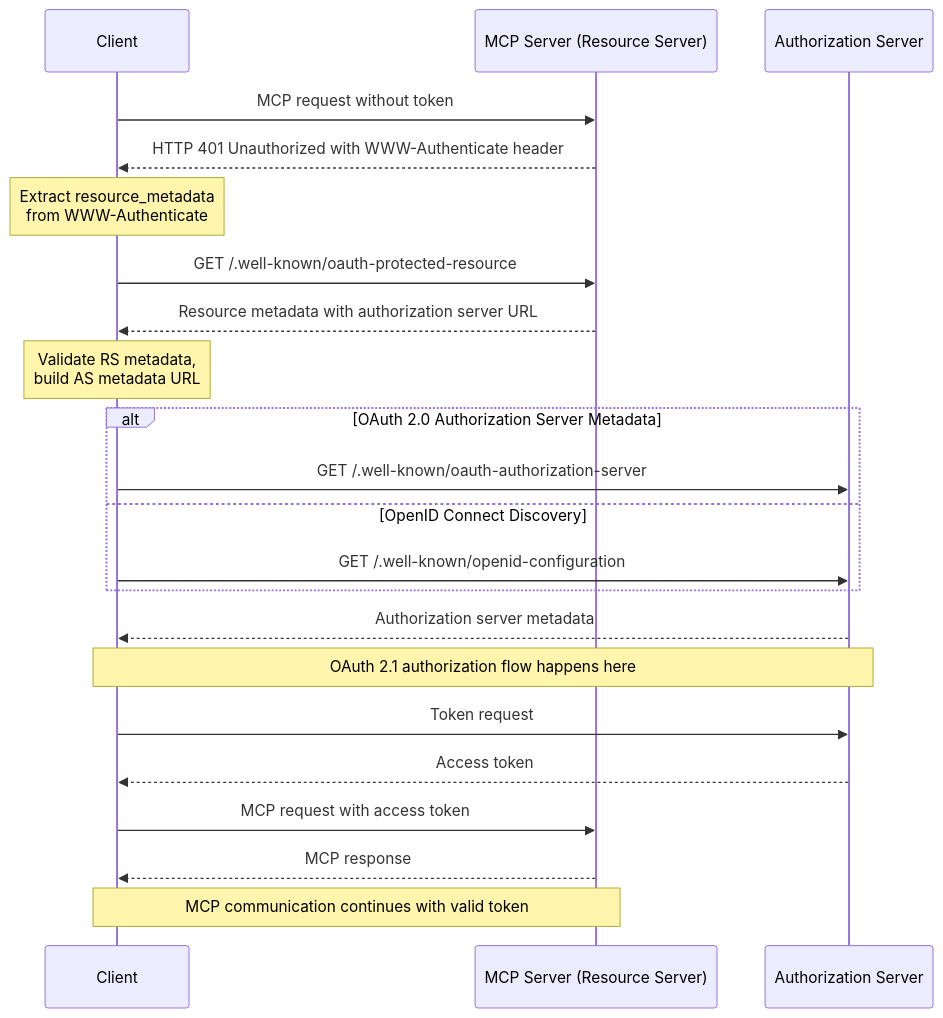
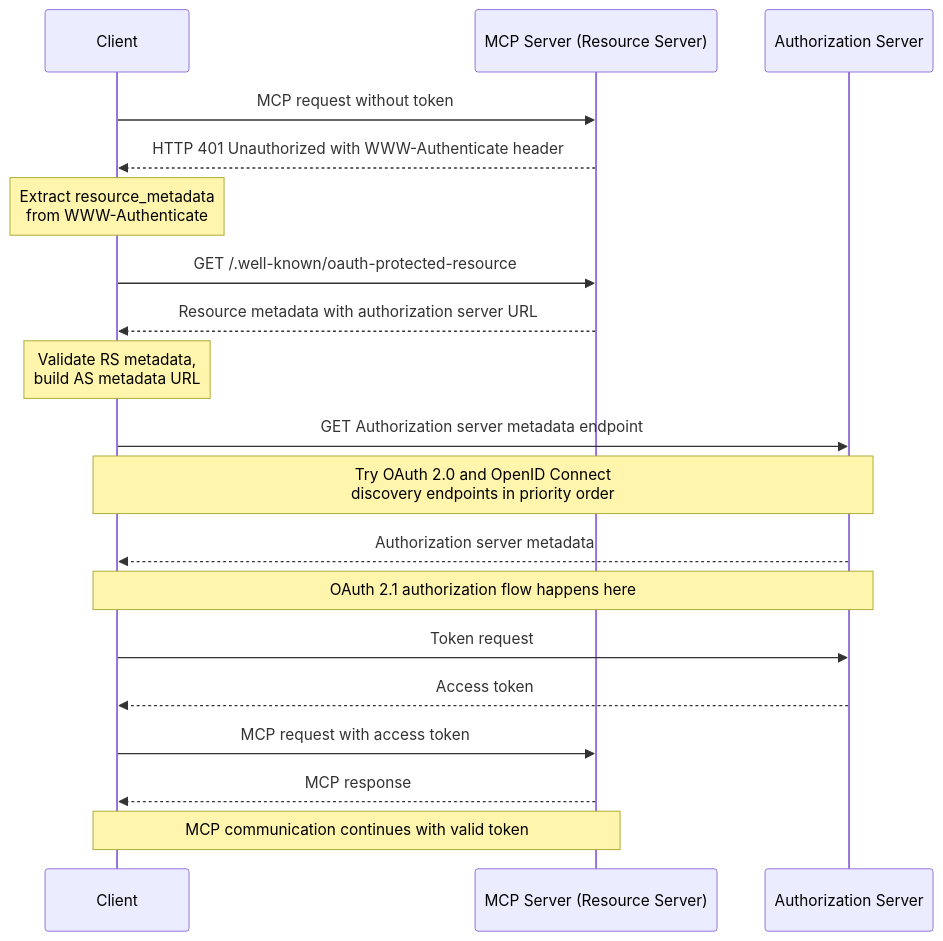
Before and after one commit to tobinsouth/modelcontextprotocol: the first of 2 diagrams in docs/specification/draft/basic/authorization.mdx, drawn with Mermaid. The commit also changed other lines of this file, not shown here.

Commit message:
feat: clarify server metadata discovery mechanisim

````diff
--- a/docs/specification/draft/basic/authorization.mdx
+++ b/docs/specification/draft/basic/authorization.mdx
@@ -101,30 +118,27 @@
 ```mermaid
 sequenceDiagram
     participant C as Client
     participant M as MCP Server (Resource Server)
     participant A as Authorization Server
 
     C->>M: MCP request without token
     M-->>C: HTTP 401 Unauthorized with WWW-Authenticate header
     Note over C: Extract resource_metadata<br />from WWW-Authenticate
 
     C->>M: GET /.well-known/oauth-protected-resource
     M-->>C: Resource metadata with authorization server URL
     Note over C: Validate RS metadata,<br />build AS metadata URL
 
-    alt OAuth 2.0 Authorization Server Metadata
-        C->>A: GET /.well-known/oauth-authorization-server
-    else OpenID Connect Discovery
-        C->>A: GET /.well-known/openid-configuration
-    end
+    C->>A: GET Authorization server metadata endpoint
+    Note over C,A: Try OAuth 2.0 and OpenID Connect<br/>discovery endpoints in priority order
     A-->>C: Authorization server metadata
 
     Note over C,A: OAuth 2.1 authorization flow happens here
 
     C->>A: Token request
     A-->>C: Access token
 
     C->>M: MCP request with access token
     M-->>C: MCP response
     Note over C,M: MCP communication continues with valid token
 ```
````
